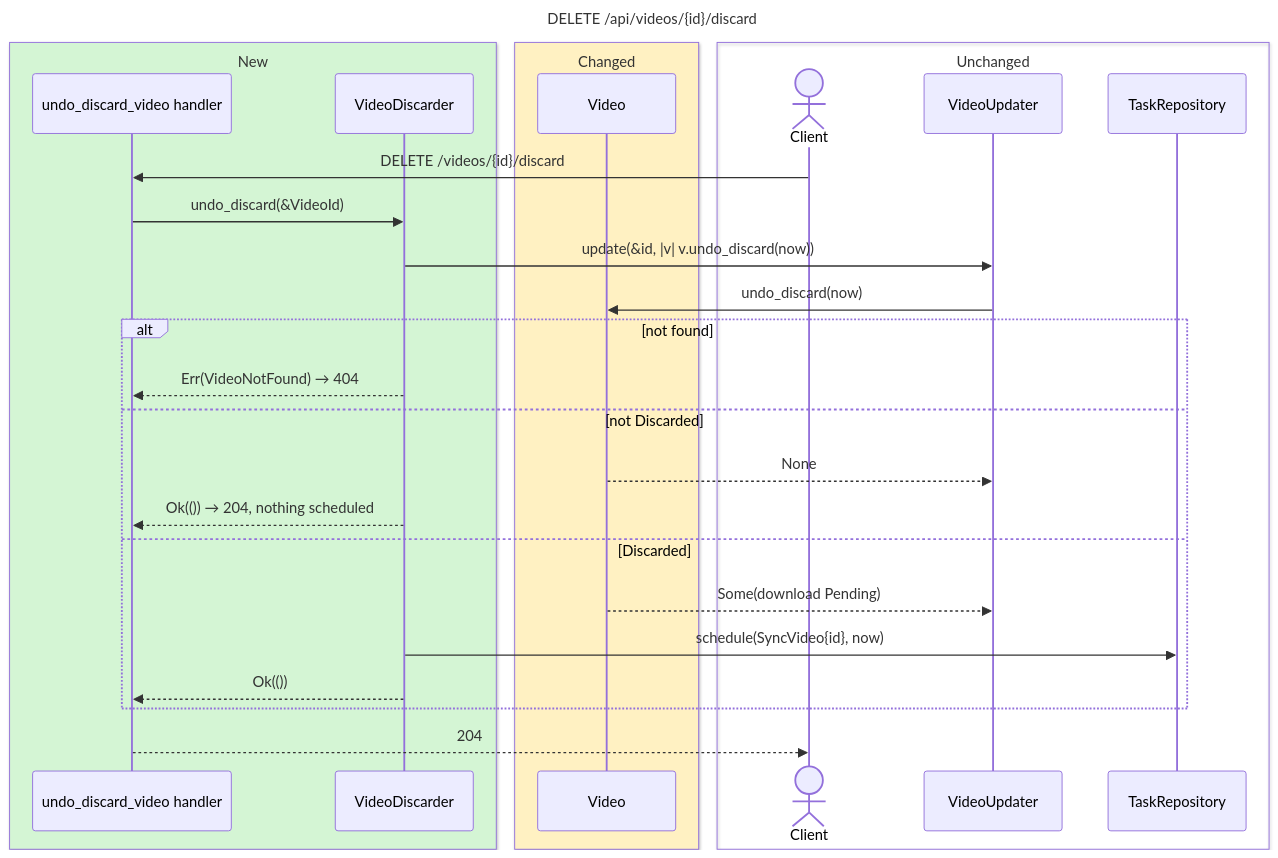
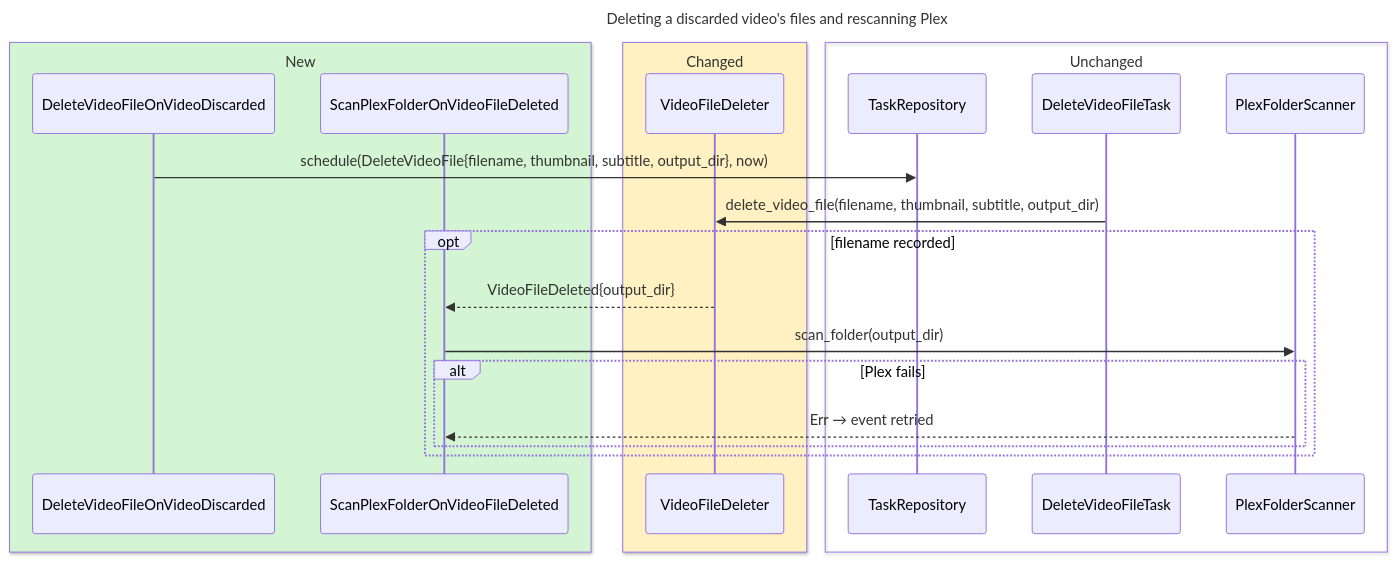
The fifth of 6 diagrams in openspec/changes/discard-video/design.md (sergigp/yarrtube), drawn with Mermaid before and after one commit. The commit also changed other lines of this file and 7 other files, not shown here.

Commit message:
Revise discard-video: irreversible, downloaded videos, skipped videos outside channel limit

````diff
--- a/openspec/changes/discard-video/design.md
+++ b/openspec/changes/discard-video/design.md
@@ -149,33 +187,27 @@
 ```mermaid
 ---
-title: DELETE /api/videos/{id}/discard
+title: Deleting a discarded video's files and rescanning Plex
 ---
 sequenceDiagram
   box rgb(212,245,212) New
-    participant H as undo_discard_video handler
-    participant D as VideoDiscarder
+    participant S1 as DeleteVideoFileOnVideoDiscarded
+    participant S2 as ScanPlexFolderOnVideoFileDeleted
   end
   box rgb(255,241,194) Changed
-    participant V as Video
+    participant F as VideoFileDeleter
   end
   box Unchanged
-    actor C as Client
-    participant U as VideoUpdater
-    participant T as TaskRepository
+    participant Q as TaskRepository
+    participant DT as DeleteVideoFileTask
+    participant P as PlexFolderScanner
   end
-  C->>H: DELETE /videos/{id}/discard
-  H->>D: undo_discard(&VideoId)
-  D->>U: update(&id, |v| v.undo_discard(now))
-  U->>V: undo_discard(now)
-  alt not found
-    D-->>H: Err(VideoNotFound) → 404
-  else not Discarded
-    V-->>U: None
-    D-->>H: Ok(()) → 204, nothing scheduled
-  else Discarded
-    V-->>U: Some(download Pending)
-    D->>T: schedule(SyncVideo{id}, now)
-    D-->>H: Ok(())
+  S1->>Q: schedule(DeleteVideoFile{filename, thumbnail, subtitle, output_dir}, now)
+  DT->>F: delete_video_file(filename, thumbnail, subtitle, output_dir)
+  opt filename recorded
+    F-->>S2: VideoFileDeleted{output_dir}
+    S2->>P: scan_folder(output_dir)
+    alt Plex fails
+      P-->>S2: Err → event retried
+    end
   end
-  H-->>C: 204
 ```
````
